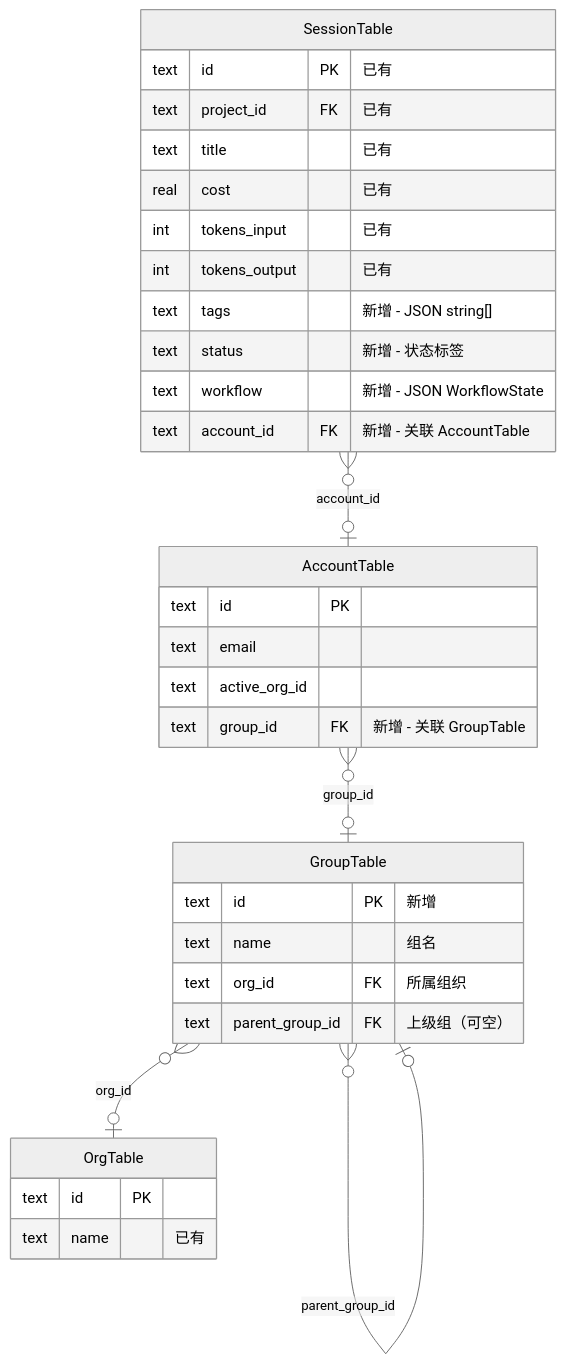
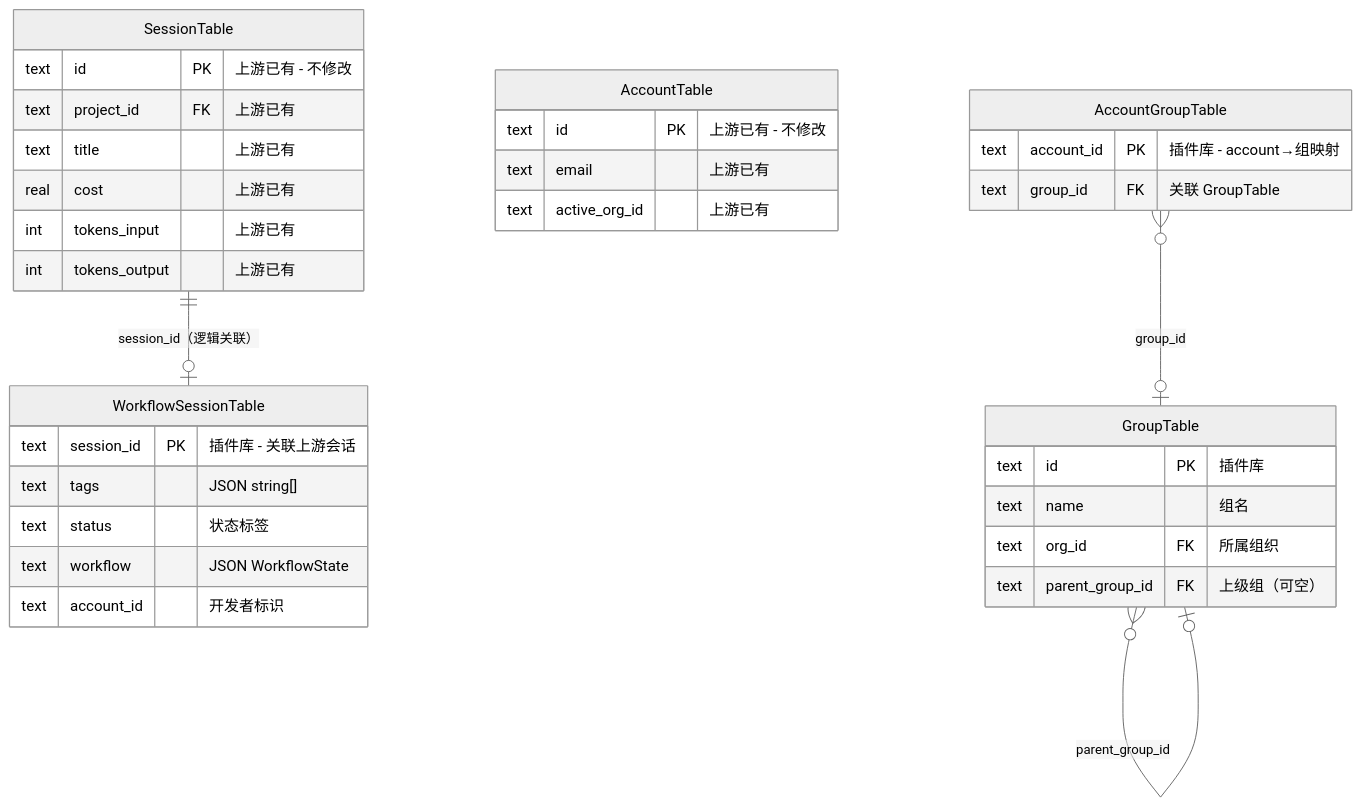
Before and after one commit to wonglaitung/opencode: the seventh of 14 diagrams in specs/customize/session-management.md, drawn with Mermaid (neutral theme). The commit also changed other lines of this file, not shown here.

First line of the commit message:
docs(session-management): 重构为零侵入架构（插件 + 独立 CLI）

````diff
--- a/specs/customize/session-management.md
+++ b/specs/customize/session-management.md
@@ -254,39 +317,41 @@
 ```mermaid
 erDiagram
     SessionTable {
-        text id PK "已有"
-        text project_id FK "已有"
-        text title "已有"
-        real cost "已有"
-        int tokens_input "已有"
-        int tokens_output "已有"
-        text tags "新增 - JSON string[]"
-        text status "新增 - 状态标签"
-        text workflow "新增 - JSON WorkflowState"
-        text account_id FK "新增 - 关联 AccountTable"
+        text id PK "上游已有 - 不修改"
+        text project_id FK "上游已有"
+        text title "上游已有"
+        real cost "上游已有"
+        int tokens_input "上游已有"
+        int tokens_output "上游已有"
     }
 
     AccountTable {
-        text id PK
-        text email
-        text active_org_id
-        text group_id FK "新增 - 关联 GroupTable"
+        text id PK "上游已有 - 不修改"
+        text email "上游已有"
+        text active_org_id "上游已有"
+    }
+
+    WorkflowSessionTable {
+        text session_id PK "插件库 - 关联上游会话"
+        text tags "JSON string[]"
+        text status "状态标签"
+        text workflow "JSON WorkflowState"
+        text account_id "开发者标识"
     }
 
     GroupTable {
-        text id PK "新增"
+        text id PK "插件库"
         text name "组名"
         text org_id FK "所属组织"
         text parent_group_id FK "上级组（可空）"
     }
 
-    OrgTable {
-        text id PK
-        text name "已有"
+    AccountGroupTable {
+        text account_id PK "插件库 - account→组映射"
+        text group_id FK "关联 GroupTable"
     }
 
-    SessionTable }o--o| AccountTable : "account_id"
-    AccountTable }o--o| GroupTable : "group_id"
-    GroupTable }o--o| OrgTable : "org_id"
+    SessionTable ||--o| WorkflowSessionTable : "session_id（逻辑关联）"
+    AccountGroupTable }o--o| GroupTable : "group_id"
     GroupTable }o--o| GroupTable : "parent_group_id"
 ```
````
